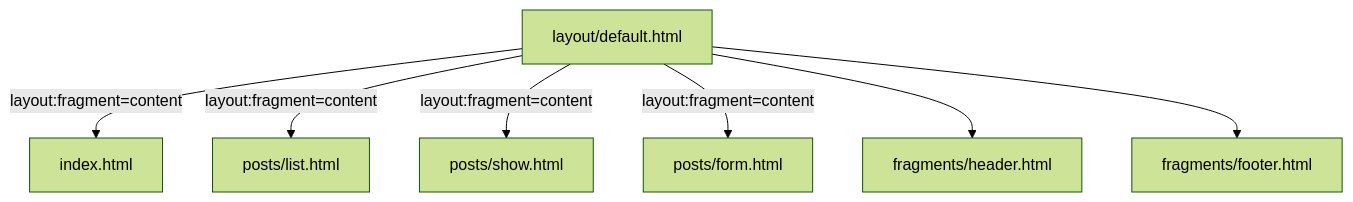
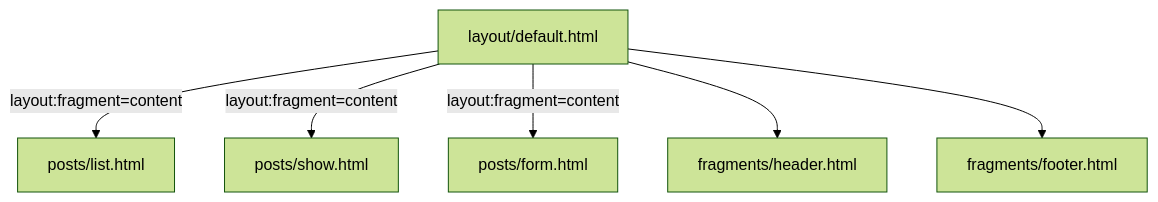
The eighth of 12 diagrams in docs/design/modules/ROOT/pages/blog-content/index.adoc (tomirgang/tomsblog), drawn with Mermaid (forest theme) before and after one commit. The commit also changed other lines of this file and 5 other files, not shown here.

```diff
--- a/docs/design/modules/ROOT/pages/blog-content/index.adoc
+++ b/docs/design/modules/ROOT/pages/blog-content/index.adoc
@@ -511,10 +517,9 @@
 [mermaid]
 ----
 graph TD
-    A[layout/default.html] -->|layout:fragment=content| B[index.html]
-    A -->|layout:fragment=content| E[posts/list.html]
+    A[layout/default.html] -->|layout:fragment=content| E[posts/list.html]
     A -->|layout:fragment=content| F[posts/show.html]
     A -->|layout:fragment=content| G[posts/form.html]
     A --> C[fragments/header.html]
     A --> D[fragments/footer.html]
 ----
```
